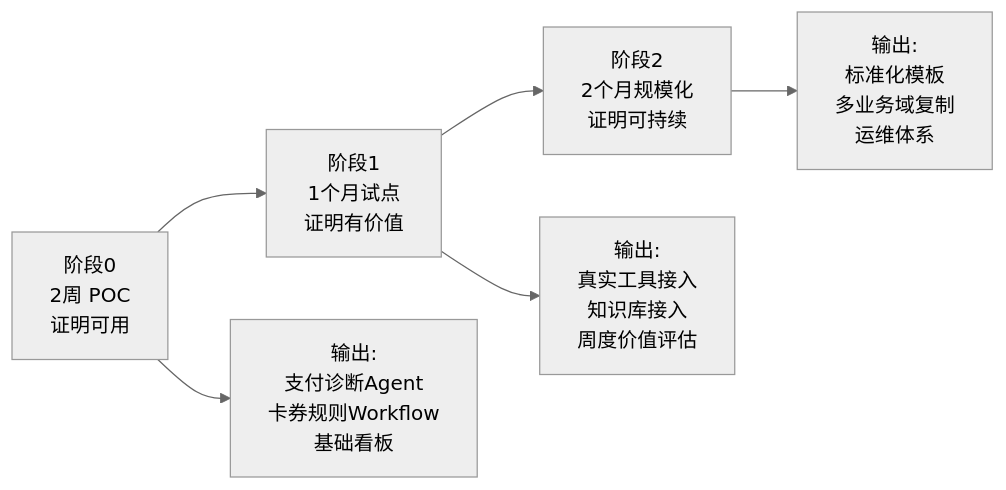
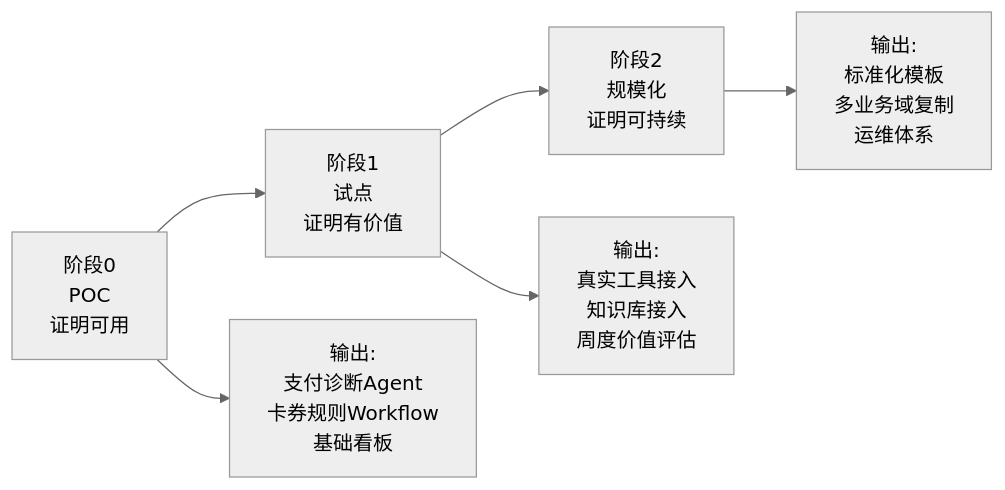
One commit to small-xiexu/ai-mcp-knowledge-study changed the tenth of 12 diagrams in .codex/项目从0到1掌握与企业落地手册（支付卡券后端视角）.md. Above: the diagram before and after it, drawn with Mermaid (neutral theme). The commit also changed other lines of this file and 9 other files, not shown here.

````diff
--- a/.codex/项目从0到1掌握与企业落地手册（支付卡券后端视角）.md
+++ b/.codex/项目从0到1掌握与企业落地手册（支付卡券后端视角）.md
@@ -897,9 +940,9 @@
 ```mermaid
 flowchart LR
-    POC[阶段0<br/>2周 POC<br/>证明可用] --> PILOT[阶段1<br/>1个月试点<br/>证明有价值]
-    PILOT --> SCALE[阶段2<br/>2个月规模化<br/>证明可持续]
+    POC[阶段0<br/>POC<br/>证明可用] --> PILOT[阶段1<br/>试点<br/>证明有价值]
+    PILOT --> SCALE[阶段2<br/>规模化<br/>证明可持续]
 
     POC --> POC_O[输出:<br/>支付诊断Agent<br/>卡券规则Workflow<br/>基础看板]
     PILOT --> PILOT_O[输出:<br/>真实工具接入<br/>知识库接入<br/>周度价值评估]
     SCALE --> SCALE_O[输出:<br/>标准化模板<br/>多业务域复制<br/>运维体系]
 ```
````
